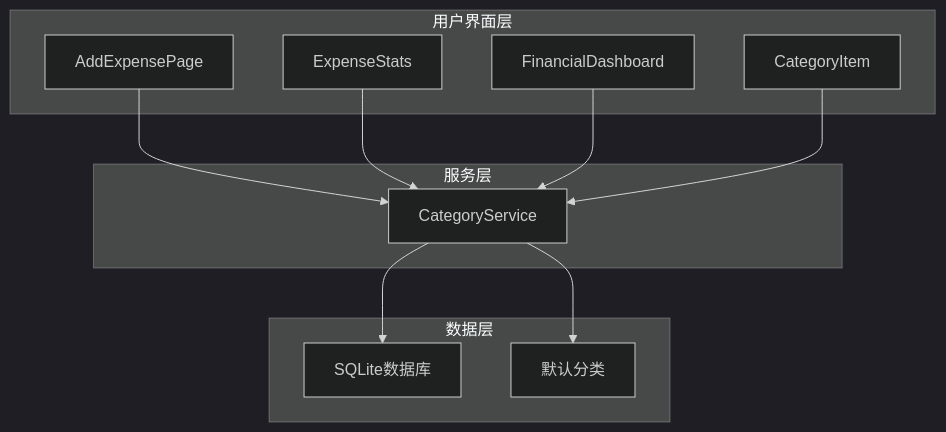
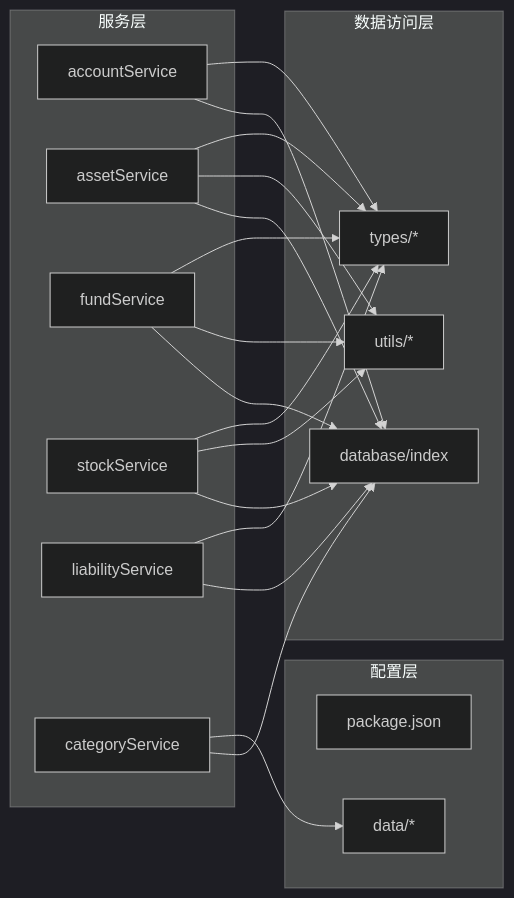
One commit to xiao-lin-unit/yuan changed diagram 13 of 13 in .qoder/repowiki/zh/content/API参考/服务API.md. Above: the diagram before and after it, drawn with Mermaid (dark theme). The commit also changed other lines of this file and 21 other files, not shown here.

````diff
--- a/.qoder/repowiki/zh/content/API参考/服务API.md
+++ b/.qoder/repowiki/zh/content/API参考/服务API.md
@@ -333,22 +660,35 @@
 ```mermaid
-graph TB
-subgraph "用户界面层"
-AE[AddExpensePage]
-CE[CategoryItem]
-ES[ExpenseStats]
-FD[FinancialDashboard]
+graph LR
+subgraph "服务层"
+AccountService[accountService]
+AssetService[assetService]
+FundService[fundService]
+StockService[stockService]
+LiabilityService[liabilityService]
+CategoryService[categoryService]
 end
-subgraph "服务层"
-CS[CategoryService]
+subgraph "数据访问层"
+Database[database/index]
+Types[types/*]
+Utils[utils/*]
 end
-subgraph "数据层"
-DB[SQLite数据库]
-DC[默认分类]
+subgraph "配置层"
+Config[package.json]
+Data[data/*]
 end
-AE --> CS
-ES --> CS
-FD --> CS
-CS --> DB
-CS --> DC
-CE --> CS
+AccountService --> Database
+AssetService --> Database
+FundService --> Database
+StockService --> Database
+LiabilityService --> Database
+CategoryService --> Database
+FundService --> Utils
+StockService --> Utils
+AssetService --> Utils
+FundService --> Types
+StockService --> Types
+AccountService --> Types
+LiabilityService --> Types
+AssetService --> Types
+CategoryService --> Data
 ```
````
